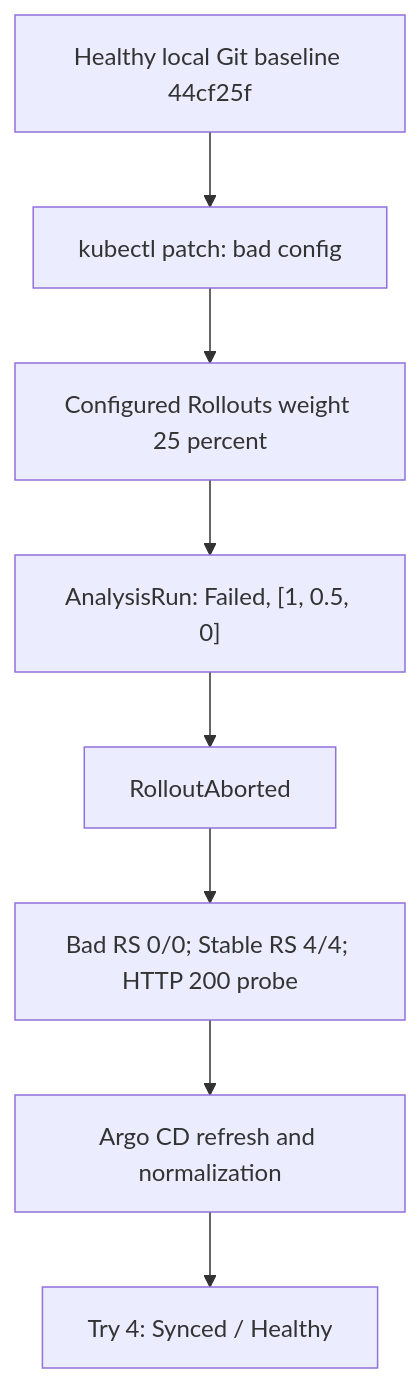
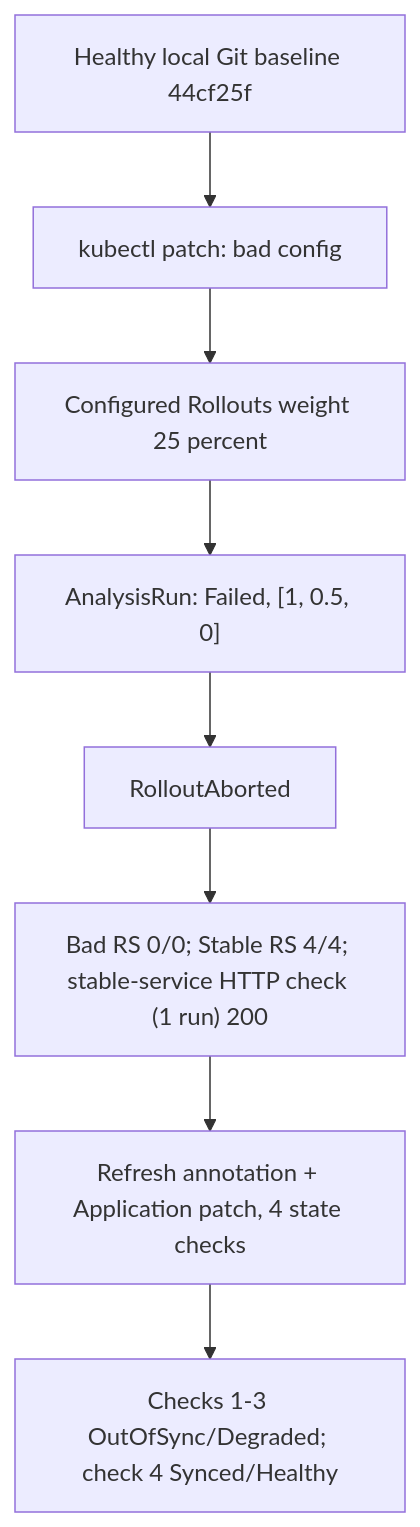
Before and after one commit to songhyun13-sketch/devops-platform-engineering: the diagram in diagrams/s6-canary.md, drawn with Mermaid. The commit also changed other lines of this file and 19 other files, not shown here.

```diff
--- a/diagrams/s6-canary.md
+++ b/diagrams/s6-canary.md
@@ -3,10 +3,10 @@
 ~~~mermaid
 flowchart TB
     A["Healthy local Git baseline 44cf25f"] --> B["kubectl patch: bad config"]
     B --> C["Configured Rollouts weight 25 percent"]
     C --> D["AnalysisRun: Failed, [1, 0.5, 0]"]
     D --> E["RolloutAborted"]
-    E --> F["Bad RS 0/0; Stable RS 4/4; HTTP 200 probe"]
-    F --> G["Argo CD refresh and normalization"]
-    G --> H["Try 4: Synced / Healthy"]
+    E --> F["Bad RS 0/0; Stable RS 4/4; stable-service HTTP check (1 run) 200"]
+    F --> G["Refresh annotation + Application patch, 4 state checks"]
+    G --> H["Checks 1-3 OutOfSync/Degraded; check 4 Synced/Healthy"]
 ~~~
```
